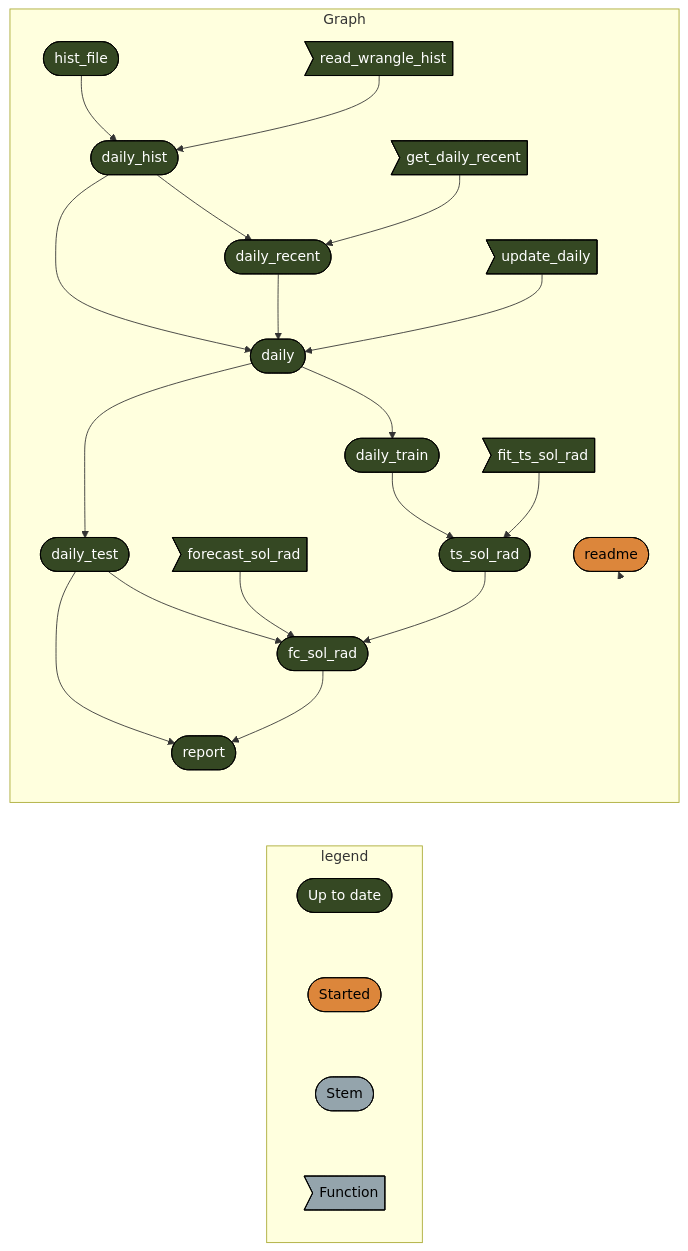
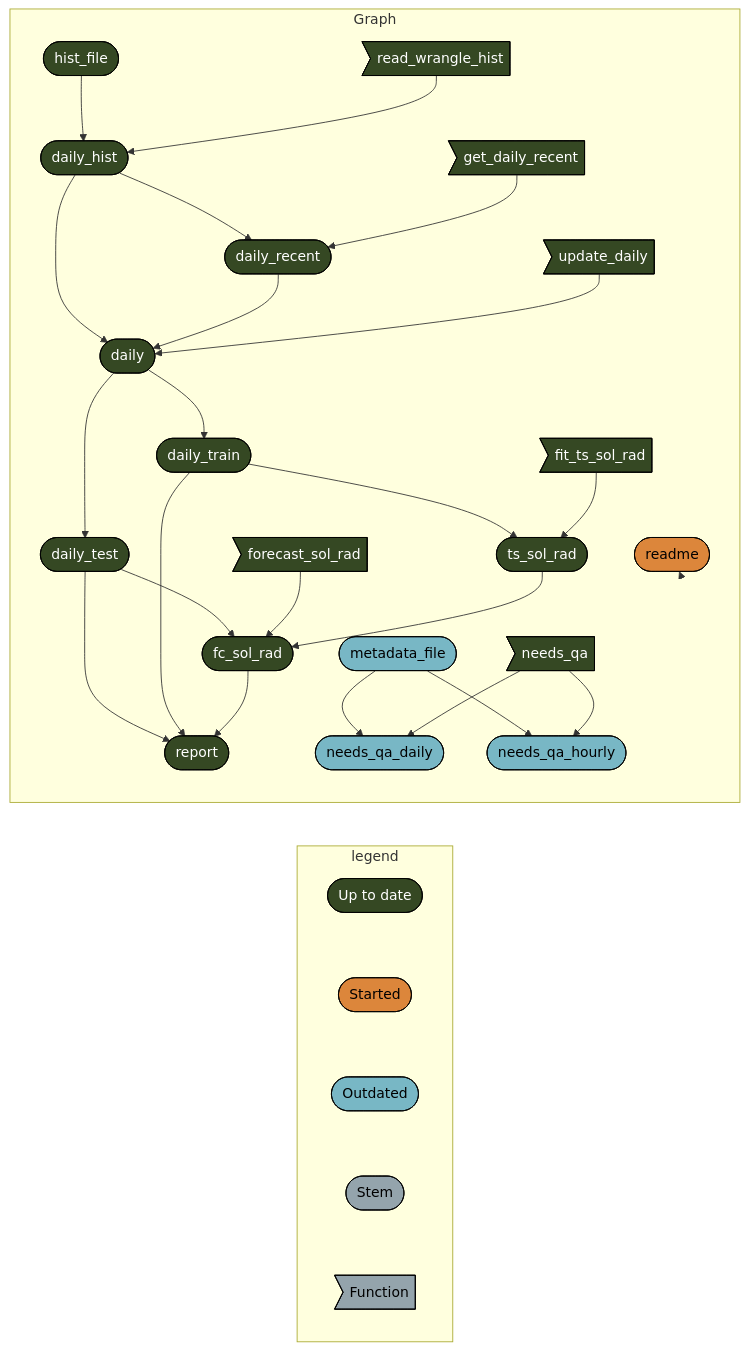
Before and after one commit to uace-azmet/azmet-forecast-qa: the diagram in README.md, drawn with Mermaid. The commit also changed other lines of this file and 4 other files, not shown here.

````diff
--- a/README.md
+++ b/README.md
@@ -28,34 +31,42 @@
 ``` mermaid
 graph LR
   subgraph legend
     x7420bd9270f8d27d([""Up to date""]):::uptodate --- x5b3426b4c7fa7dbc([""Started""]):::started
-    x5b3426b4c7fa7dbc([""Started""]):::started --- xbf4603d6c2c2ad6b([""Stem""]):::none
+    x5b3426b4c7fa7dbc([""Started""]):::started --- x0a52b03877696646([""Outdated""]):::outdated
+    x0a52b03877696646([""Outdated""]):::outdated --- xbf4603d6c2c2ad6b([""Stem""]):::none
     xbf4603d6c2c2ad6b([""Stem""]):::none --- xf0bce276fe2b9d3e>""Function""]:::none
   end
   subgraph Graph
     x560d2f9acfe7747b(["hist_file"]):::uptodate --> xcb07ddaf135ab507(["daily_hist"]):::uptodate
     x842666df821db265>"read_wrangle_hist"]:::uptodate --> xcb07ddaf135ab507(["daily_hist"]):::uptodate
     x6233d5fdb54d5242(["daily"]):::uptodate --> x9a0acd6e842eb2f0(["daily_train"]):::uptodate
     x7b318303b239462b(["daily_test"]):::uptodate --> xe0fba61fbc506510(["report"]):::uptodate
+    x9a0acd6e842eb2f0(["daily_train"]):::uptodate --> xe0fba61fbc506510(["report"]):::uptodate
     x2e2c913cb86ee34e(["fc_sol_rad"]):::uptodate --> xe0fba61fbc506510(["report"]):::uptodate
     xcb07ddaf135ab507(["daily_hist"]):::uptodate --> x6233d5fdb54d5242(["daily"]):::uptodate
     x84a5bd81bfb0b714(["daily_recent"]):::uptodate --> x6233d5fdb54d5242(["daily"]):::uptodate
     xed180ed90a78526a>"update_daily"]:::uptodate --> x6233d5fdb54d5242(["daily"]):::uptodate
     x9a0acd6e842eb2f0(["daily_train"]):::uptodate --> xc9de046aea785dc2(["ts_sol_rad"]):::uptodate
     xcc4a333b0a3d9708>"fit_ts_sol_rad"]:::uptodate --> xc9de046aea785dc2(["ts_sol_rad"]):::uptodate
     xcb07ddaf135ab507(["daily_hist"]):::uptodate --> x84a5bd81bfb0b714(["daily_recent"]):::uptodate
     xbc27cd57aa2a1d74>"get_daily_recent"]:::uptodate --> x84a5bd81bfb0b714(["daily_recent"]):::uptodate
     x7b318303b239462b(["daily_test"]):::uptodate --> x2e2c913cb86ee34e(["fc_sol_rad"]):::uptodate
     x9b63e5b64de3fce2>"forecast_sol_rad"]:::uptodate --> x2e2c913cb86ee34e(["fc_sol_rad"]):::uptodate
     xc9de046aea785dc2(["ts_sol_rad"]):::uptodate --> x2e2c913cb86ee34e(["fc_sol_rad"]):::uptodate
+    x3d7b2a2ab5636113(["metadata_file"]):::outdated --> xdfae9ea4e5207cef(["needs_qa_daily"]):::outdated
+    x06ab7116eed66f15>"needs_qa"]:::uptodate --> xdfae9ea4e5207cef(["needs_qa_daily"]):::outdated
+    x3d7b2a2ab5636113(["metadata_file"]):::outdated --> xac2ac35653724b54(["needs_qa_hourly"]):::outdated
+    x06ab7116eed66f15>"needs_qa"]:::uptodate --> xac2ac35653724b54(["needs_qa_hourly"]):::outdated
     x6233d5fdb54d5242(["daily"]):::uptodate --> x7b318303b239462b(["daily_test"]):::uptodate
     x6e52cb0f1668cc22(["readme"]):::started --> x6e52cb0f1668cc22(["readme"]):::started
   end
   classDef uptodate stroke:#000000,color:#ffffff,fill:#354823;
   classDef started stroke:#000000,color:#000000,fill:#DC863B;
+  classDef outdated stroke:#000000,color:#000000,fill:#78B7C5;
   classDef none stroke:#000000,color:#000000,fill:#94a4ac;
   linkStyle 0 stroke-width:0px;
   linkStyle 1 stroke-width:0px;
   linkStyle 2 stroke-width:0px;
-  linkStyle 19 stroke-width:0px;
+  linkStyle 3 stroke-width:0px;
+  linkStyle 25 stroke-width:0px;
 ```
````
